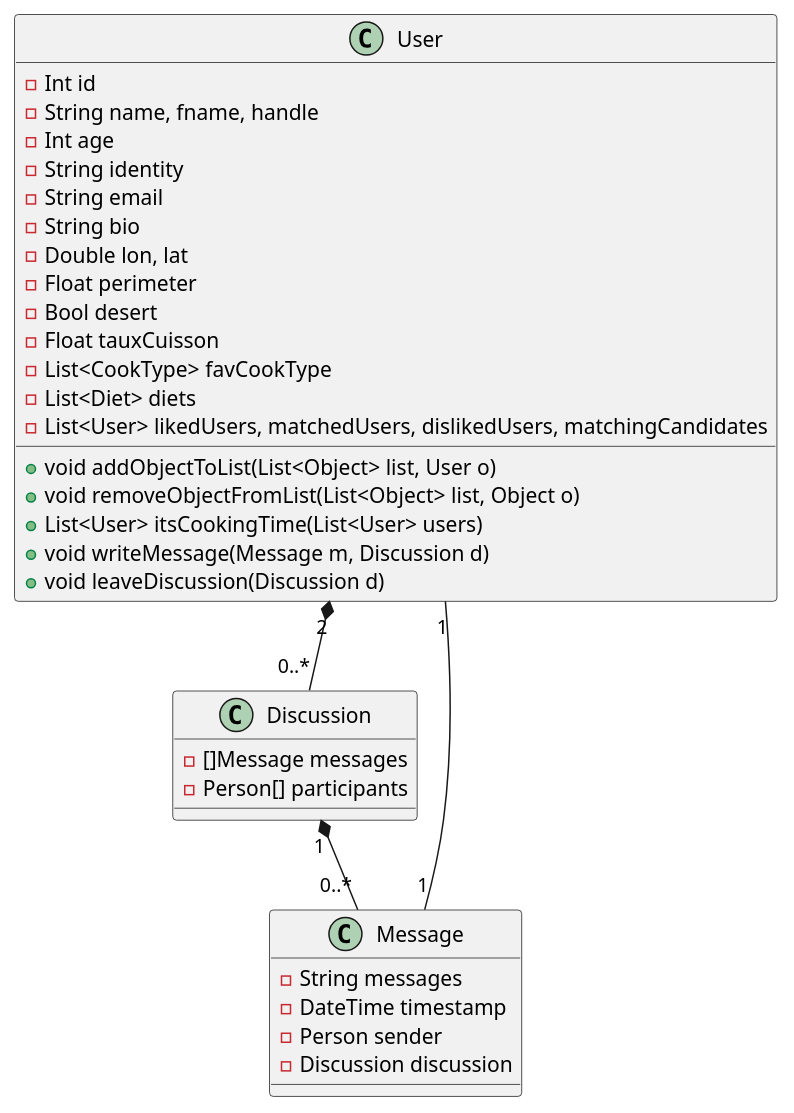
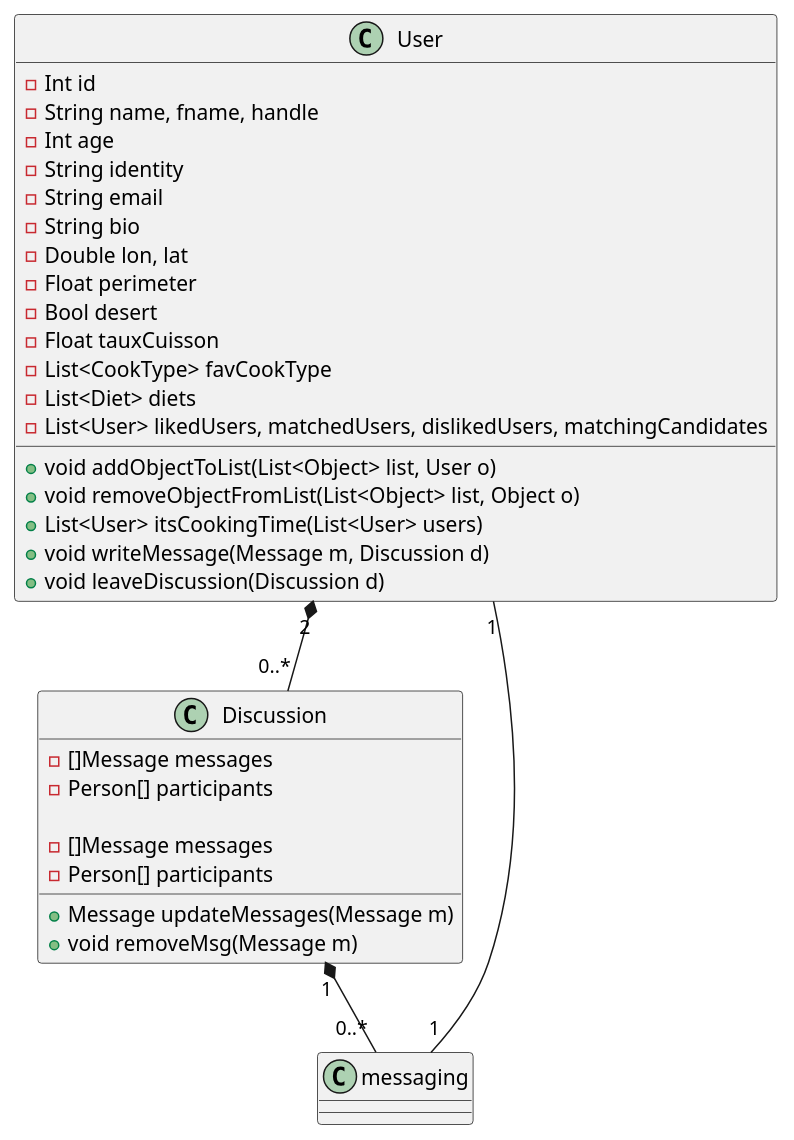
Before and after one commit to UPPA-s-University-Projects/M1_SIGLIS-MeetBallsUML: the diagram in class/messagingSystem.puml, drawn with PlantUML. The commit also changed 3 other files, not shown here.

```diff
--- a/class/messagingSystem.puml
+++ b/class/messagingSystem.puml
@@ -1,41 +1,42 @@
 @startuml 
     Class "User" as person{
    
         - Int id
         - String name, fname, handle
         - Int age
         - String identity
         - String email
         - String bio
         - Double lon, lat
         - Float perimeter
         - Bool desert
         - Float tauxCuisson 
         - List<CookType> favCookType
         - List<Diet> diets
         - List<User> likedUsers, matchedUsers, dislikedUsers, matchingCandidates
 
         + void addObjectToList(List<Object> list, User o)
         + void removeObjectFromList(List<Object> list, Object o)
         + List<User> itsCookingTime(List<User> users)
         + void writeMessage(Message m, Discussion d)
         + void leaveDiscussion(Discussion d)
         
     }
 
-    Class "Message" as messaging{
-        - String messages        
-        - DateTime timestamp
-        - Person sender
-        - Discussion discussion
+    Class "Discussion" as discuss{
+        - []Message messages
+        - Person[] participants
+
+        + Message updateMessages(Message m)
+        + void removeMsg(Message m)
     }
 
     Class "Discussion" as discuss{
         - []Message messages
         - Person[] participants
     }
 
     discuss "1" *-- "0..*" messaging
     messaging "1" -- "1" person
     person "2" *-- "0..*" discuss
 @enduml
```
